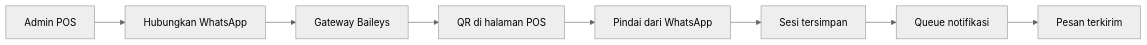
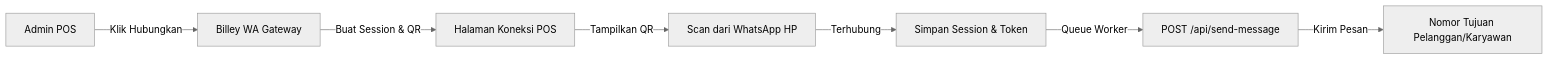
The diagram in docs/WHATSAPP-GATEWAY.md (aldihidayat35/super-app-pos), drawn with Mermaid (neutral theme) before and after one commit. The commit also changed other lines of this file and 39 other files, not shown here.

Commit message:
feat: standardisasi WhatsApp gateway jokiin35, navigasi pengaturan, cetak riwayat dotmatrix, dan pembersihan UI shift/pos

````diff
--- a/docs/WHATSAPP-GATEWAY.md
+++ b/docs/WHATSAPP-GATEWAY.md
@@ -48,10 +64,9 @@
 ```mermaid
 flowchart LR
-    AD[Admin POS] --> HP[Hubungkan WhatsApp]
-    HP --> GW[Gateway Baileys]
-    GW --> QR[QR di halaman POS]
-    QR --> SC[Pindai dari WhatsApp]
-    SC --> PS[Sesi tersimpan]
-    PS --> NT[Queue notifikasi]
-    NT --> WA[Pesan terkirim]
+    AD[Admin POS] -->|Klik Hubungkan| GW[Billey WA Gateway]
+    GW -->|Buat Session & QR| POS[Halaman Koneksi POS]
+    POS -->|Tampilkan QR| WA[Scan dari WhatsApp HP]
+    WA -->|Terhubung| DB[Simpan Session & Token]
+    DB -->|Queue Worker| SND[POST /api/send-message]
+    SND -->|Kirim Pesan| REC[Nomor Tujuan Pelanggan/Karyawan]
 ```
````
